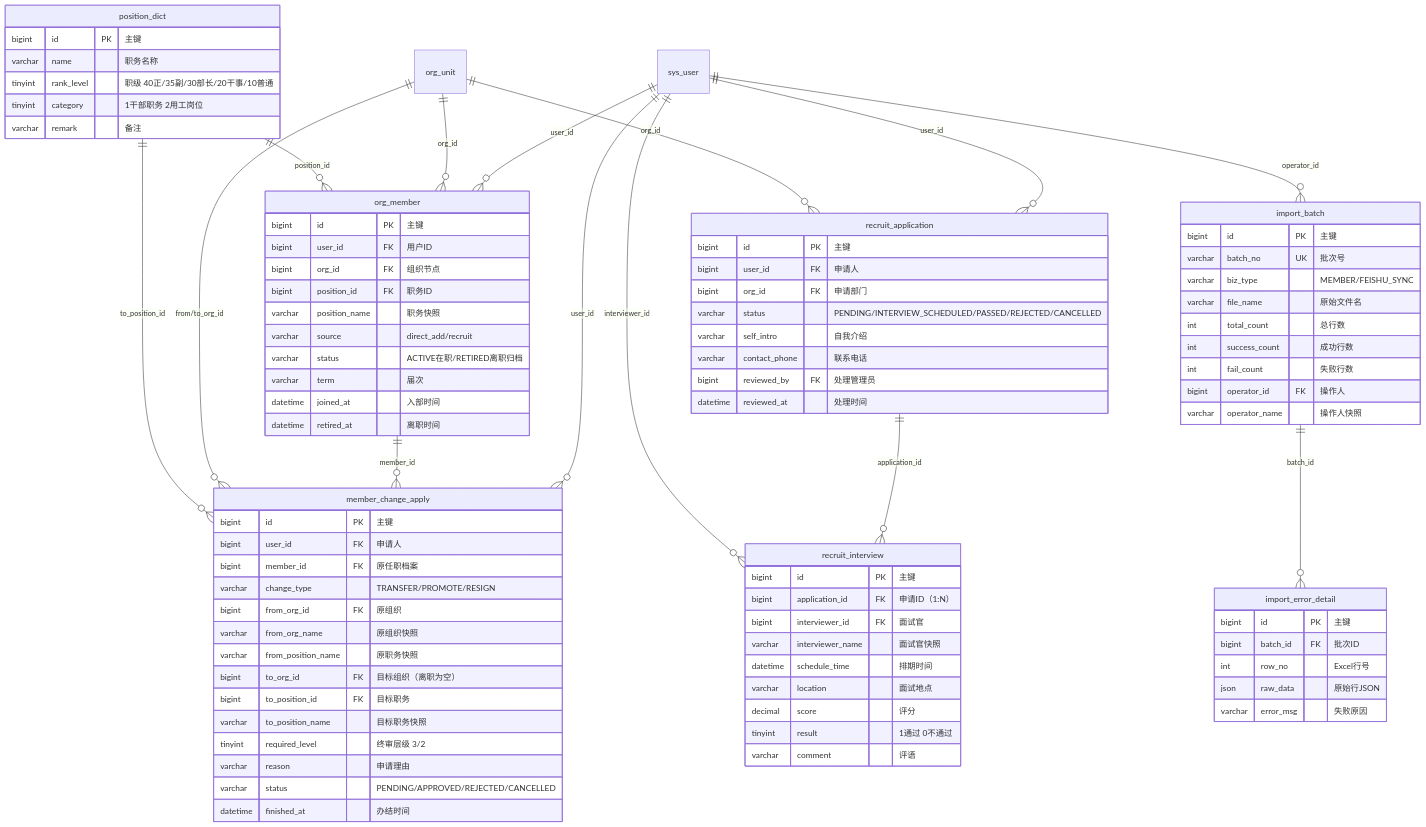
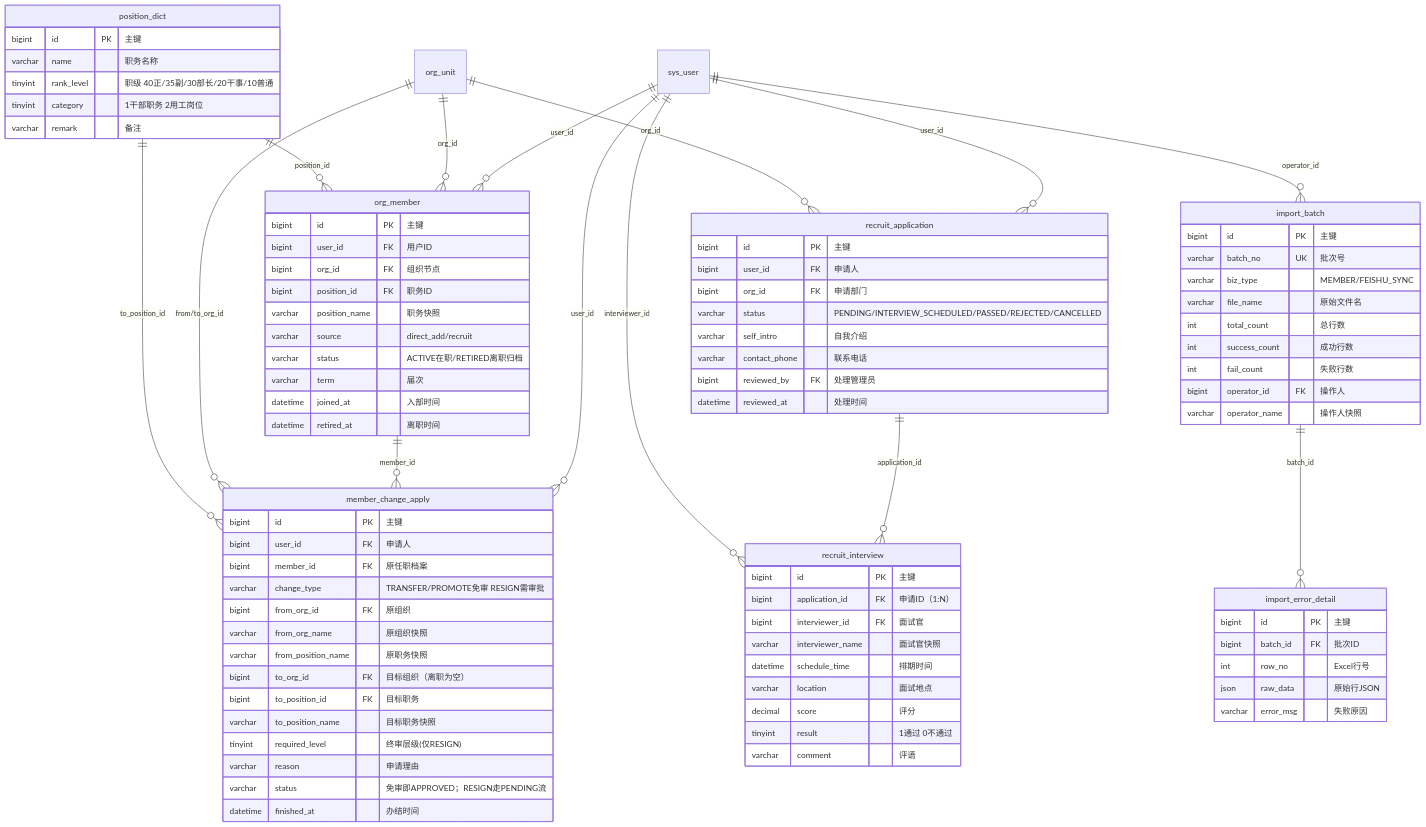
The third of 6 diagrams in er-diagram.md (encoXJH/student-affairs), drawn with Mermaid before and after one commit. The commit also changed other lines of this file and 4 other files, not shown here.

Commit message:
v2 数据库终审优化：值班改服务次数、换届免审、补班级与工号字段，同步ER图与说明书

```diff
--- a/er-diagram.md
+++ b/er-diagram.md
@@ -208,16 +208,16 @@
         bigint id PK "主键"
         bigint user_id FK "申请人"
         bigint member_id FK "原任职档案"
-        varchar change_type "TRANSFER/PROMOTE/RESIGN"
+        varchar change_type "TRANSFER/PROMOTE免审 RESIGN需审批"
         bigint from_org_id FK "原组织"
         varchar from_org_name "原组织快照"
         varchar from_position_name "原职务快照"
         bigint to_org_id FK "目标组织（离职为空）"
         bigint to_position_id FK "目标职务"
         varchar to_position_name "目标职务快照"
-        tinyint required_level "终审层级 3/2"
+        tinyint required_level "终审层级(仅RESIGN)"
         varchar reason "申请理由"
-        varchar status "PENDING/APPROVED/REJECTED/CANCELLED"
+        varchar status "免审即APPROVED；RESIGN走PENDING流"
         datetime finished_at "办结时间"
     }
     import_batch {
```
